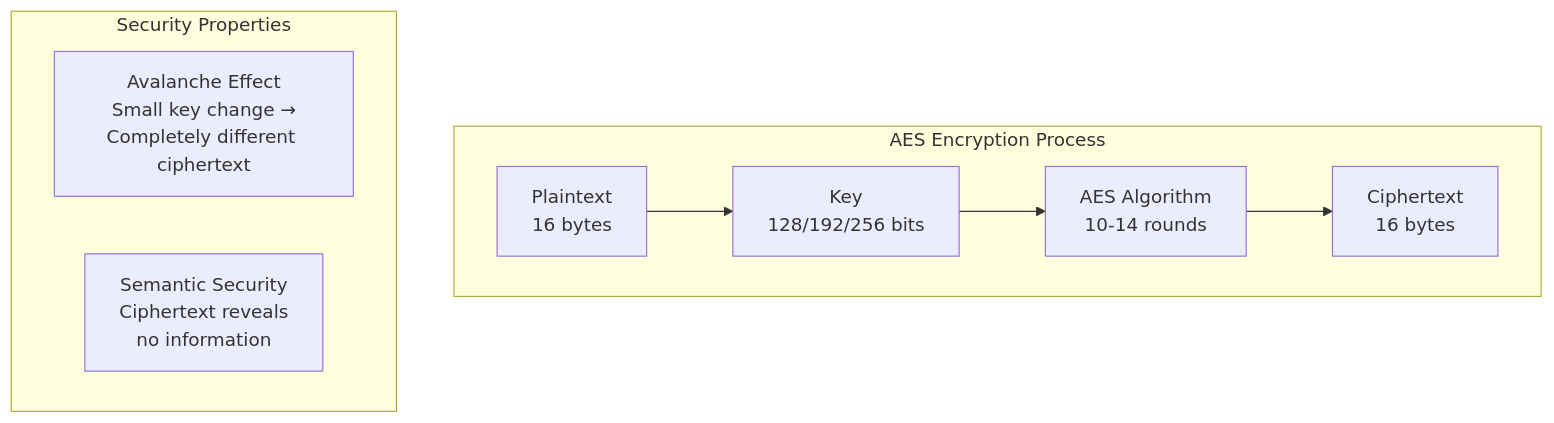
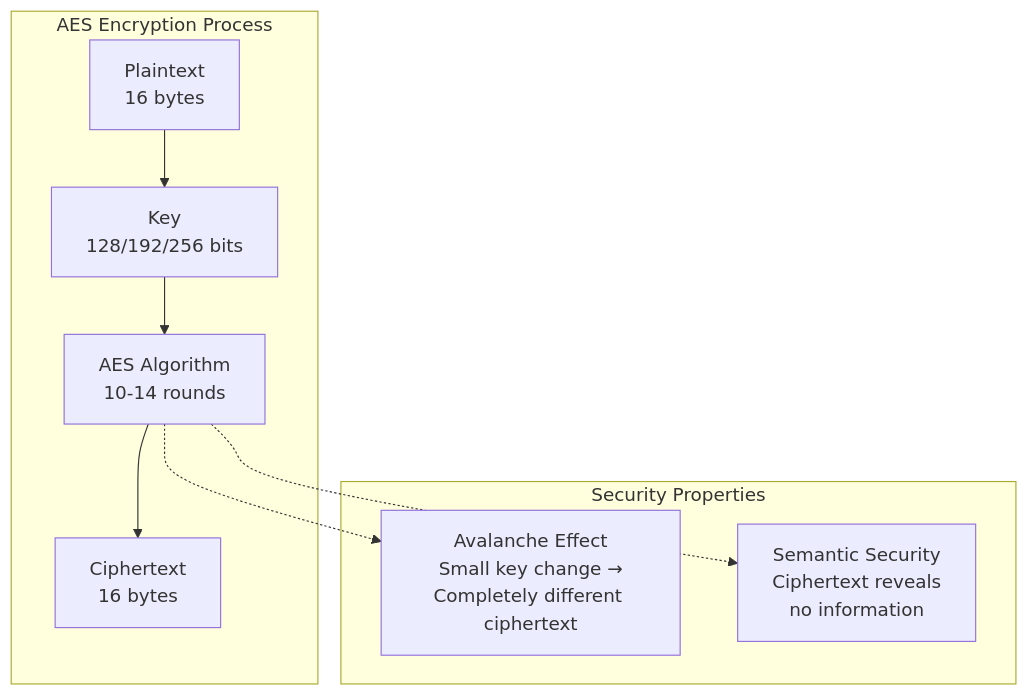
The third of 12 diagrams in README.md (iportilla/CItraining), drawn with Mermaid before and after one commit.

````diff
--- a/README.md
+++ b/README.md
@@ -156,13 +156,16 @@
 ```mermaid
 graph TB
     subgraph "AES Encryption Process"
         A["Plaintext<br/>16 bytes"] --> B["Key<br/>128/192/256 bits"]
         B --> C["AES Algorithm<br/>10-14 rounds"]
         C --> D["Ciphertext<br/>16 bytes"]
     end
     
     subgraph "Security Properties"
         E["Avalanche Effect<br/>Small key change →<br/>Completely different ciphertext"]
         F["Semantic Security<br/>Ciphertext reveals<br/>no information"]
     end
+    
+    C -.-> E
+    C -.-> F
 ```
````
